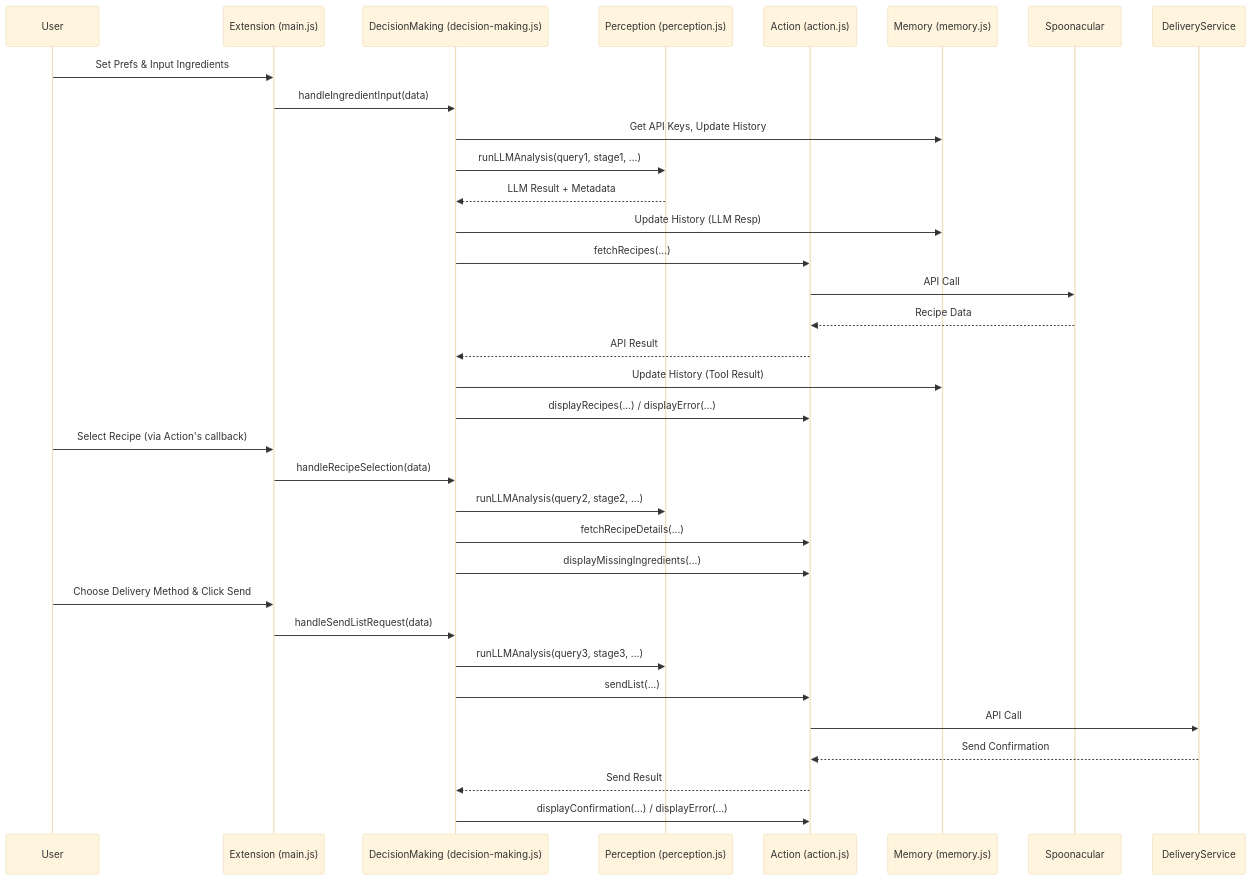
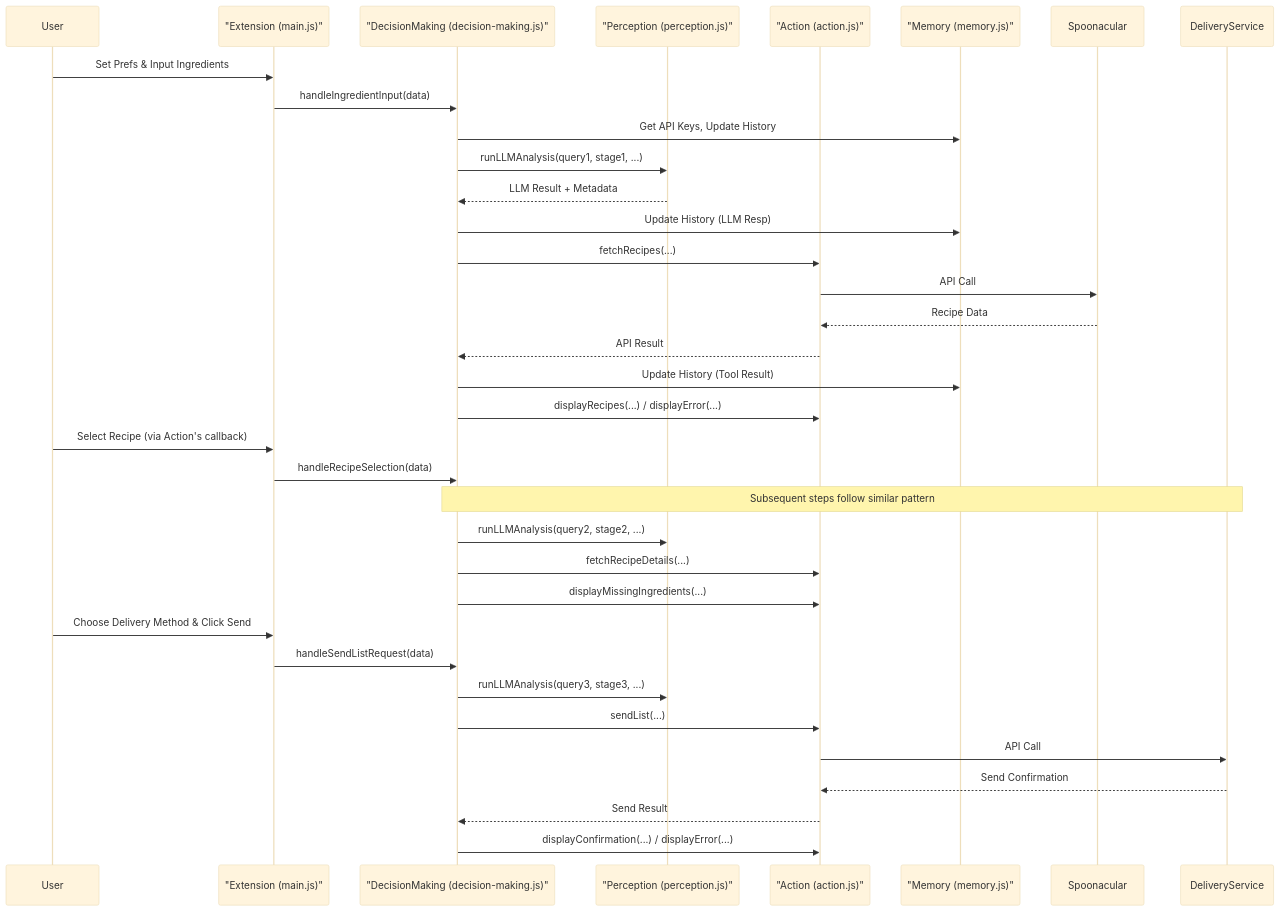
The second of 3 diagrams in README.md (gadekar-pravin/eag-6), drawn with Mermaid (base theme) before and after one commit. The commit also changed other lines of this file, not shown here.

Commit message:
fix mermaid diagram

````diff
--- a/README.md
+++ b/README.md
@@ -130,40 +130,40 @@
 ```mermaid
 sequenceDiagram
     participant User
-    participant Extension (main.js)
-    participant DecisionMaking (decision-making.js)
-    participant Perception (perception.js)
-    participant Action (action.js)
-    participant Memory (memory.js)
+    participant Extension as "Extension (main.js)"
+    participant DecisionMaking as "DecisionMaking (decision-making.js)"
+    participant Perception as "Perception (perception.js)"
+    participant Action as "Action (action.js)"
+    participant Memory as "Memory (memory.js)"
     participant Spoonacular
     participant DeliveryService
 
-    User->>Extension (main.js): Set Prefs & Input Ingredients
-    Extension (main.js)->>DecisionMaking (decision-making.js): handleIngredientInput(data)
-    DecisionMaking (decision-making.js)->>Memory (memory.js): Get API Keys, Update History
-    DecisionMaking (decision-making.js)->>Perception (perception.js): runLLMAnalysis(query1, stage1, ...)
-    Perception (perception.js)-->>DecisionMaking (decision-making.js): LLM Result + Metadata
-    DecisionMaking (decision-making.js)->>Memory (memory.js): Update History (LLM Resp)
-    DecisionMaking (decision-making.js)->>Action (action.js): fetchRecipes(...)
-    Action (action.js)->>Spoonacular: API Call
-    Spoonacular-->>Action (action.js): Recipe Data
-    Action (action.js)-->>DecisionMaking (decision-making.js): API Result
-    DecisionMaking (decision-making.js)->>Memory (memory.js): Update History (Tool Result)
-    DecisionMaking (decision-making.js)->>Action (action.js): displayRecipes(...) / displayError(...)
+    User->>Extension: Set Prefs & Input Ingredients
+    Extension->>DecisionMaking: handleIngredientInput(data)
+    DecisionMaking->>Memory: Get API Keys, Update History
+    DecisionMaking->>Perception: runLLMAnalysis(query1, stage1, ...)
+    Perception-->>DecisionMaking: LLM Result + Metadata
+    DecisionMaking->>Memory: Update History (LLM Resp)
+    DecisionMaking->>Action: fetchRecipes(...)
+    Action->>Spoonacular: API Call
+    Spoonacular-->>Action: Recipe Data
+    Action-->>DecisionMaking: API Result
+    DecisionMaking->>Memory: Update History (Tool Result)
+    DecisionMaking->>Action: displayRecipes(...) / displayError(...)
 
-    User->>Extension (main.js): Select Recipe (via Action's callback)
-    Extension (main.js)->>DecisionMaking (decision-making.js): handleRecipeSelection(data)
-    %% ... Subsequent steps follow similar pattern ...
-    DecisionMaking (decision-making.js)->>Perception (perception.js): runLLMAnalysis(query2, stage2, ...)
-    DecisionMaking (decision-making.js)->>Action (action.js): fetchRecipeDetails(...)
-    DecisionMaking (decision-making.js)->>Action (action.js): displayMissingIngredients(...)
+    User->>Extension: Select Recipe (via Action's callback)
+    Extension->>DecisionMaking: handleRecipeSelection(data)
+    Note over DecisionMaking,DeliveryService: Subsequent steps follow similar pattern
+    DecisionMaking->>Perception: runLLMAnalysis(query2, stage2, ...)
+    DecisionMaking->>Action: fetchRecipeDetails(...)
+    DecisionMaking->>Action: displayMissingIngredients(...)
 
-    User->>Extension (main.js): Choose Delivery Method & Click Send
-    Extension (main.js)->>DecisionMaking (decision-making.js): handleSendListRequest(data)
-    DecisionMaking (decision-making.js)->>Perception (perception.js): runLLMAnalysis(query3, stage3, ...)
-    DecisionMaking (decision-making.js)->>Action (action.js): sendList(...)
-    Action (action.js)->>DeliveryService: API Call
-    DeliveryService-->>Action (action.js): Send Confirmation
-    Action (action.js)-->>DecisionMaking (decision-making.js): Send Result
-    DecisionMaking (decision-making.js)->>Action (action.js): displayConfirmation(...) / displayError(...)
+    User->>Extension: Choose Delivery Method & Click Send
+    Extension->>DecisionMaking: handleSendListRequest(data)
+    DecisionMaking->>Perception: runLLMAnalysis(query3, stage3, ...)
+    DecisionMaking->>Action: sendList(...)
+    Action->>DeliveryService: API Call
+    DeliveryService-->>Action: Send Confirmation
+    Action-->>DecisionMaking: Send Result
+    DecisionMaking->>Action: displayConfirmation(...) / displayError(...)
 ```
````
